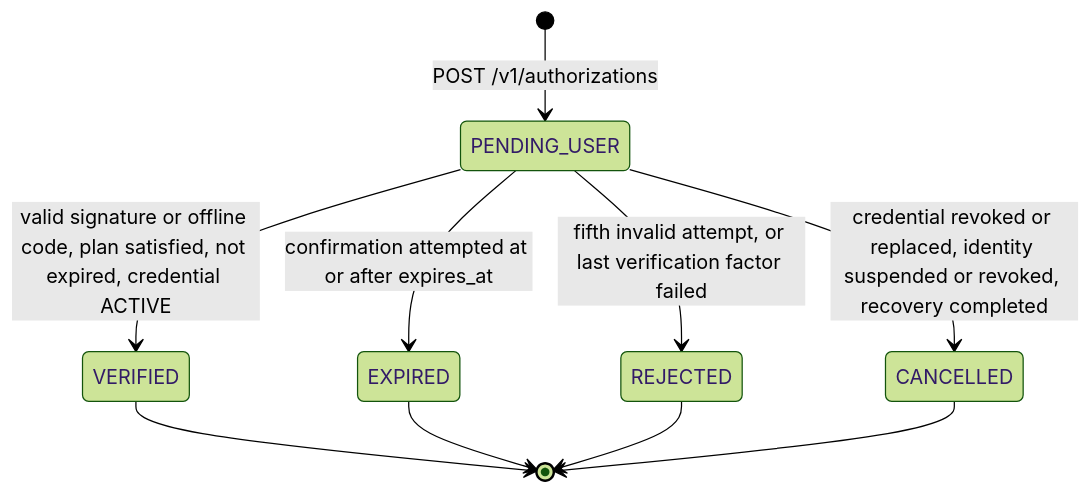
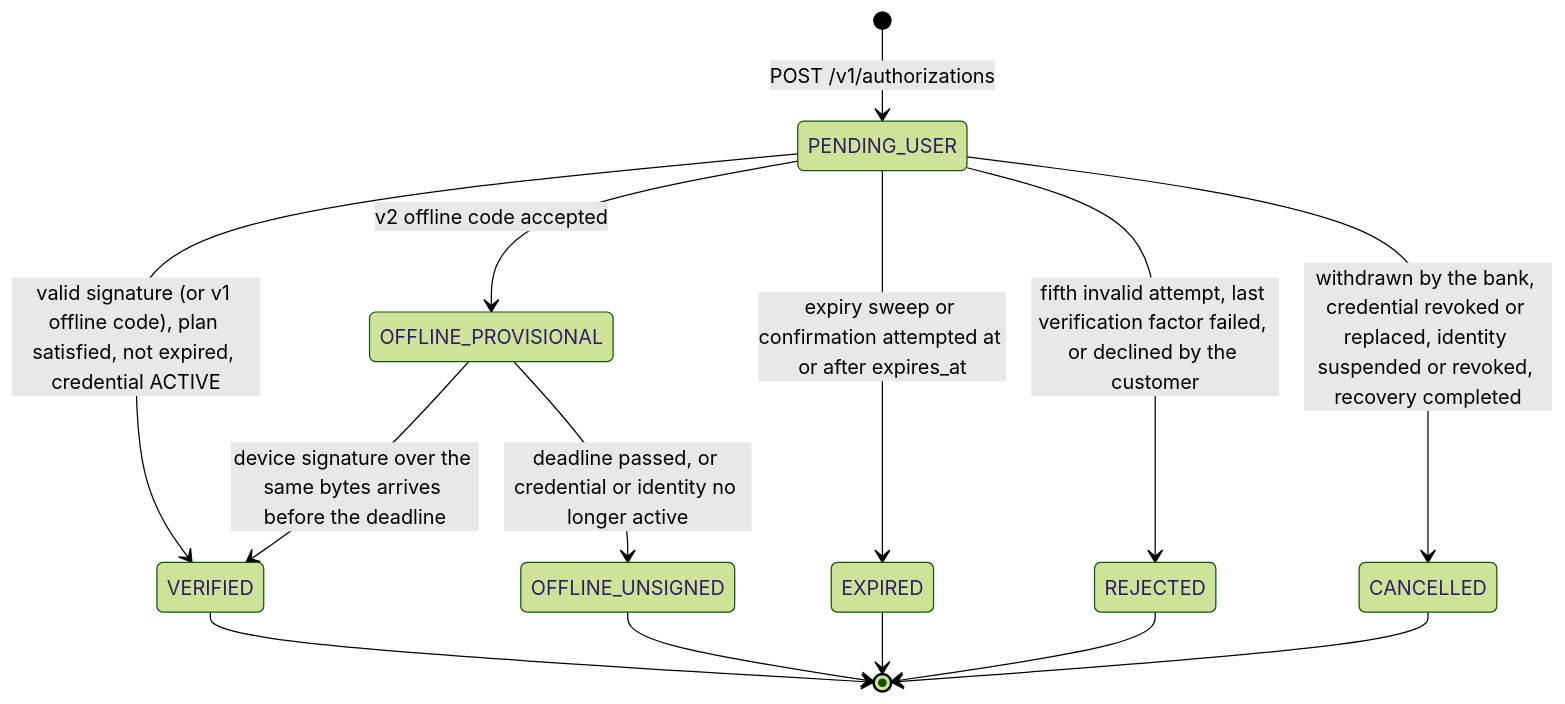
The diagram in docs/reference/data-model.md (ptrvalina/nexus-sign), drawn with Mermaid (forest theme) before and after one commit. The commit also changed other lines of this file and 28 other files, not shown here.

````diff
--- a/docs/reference/data-model.md
+++ b/docs/reference/data-model.md
@@ -91,12 +91,16 @@
 ```mermaid
 stateDiagram-v2
     [*] --> PENDING_USER: POST /v1/authorizations
-    PENDING_USER --> VERIFIED: valid signature or offline code, plan satisfied, not expired, credential ACTIVE
-    PENDING_USER --> EXPIRED: confirmation attempted at or after expires_at
-    PENDING_USER --> REJECTED: fifth invalid attempt, or last verification factor failed
-    PENDING_USER --> CANCELLED: credential revoked or replaced, identity suspended or revoked, recovery completed
+    PENDING_USER --> VERIFIED: valid signature (or v1 offline code), plan satisfied, not expired, credential ACTIVE
+    PENDING_USER --> OFFLINE_PROVISIONAL: v2 offline code accepted
+    OFFLINE_PROVISIONAL --> VERIFIED: device signature over the same bytes arrives before the deadline
+    OFFLINE_PROVISIONAL --> OFFLINE_UNSIGNED: deadline passed, or credential or identity no longer active
+    PENDING_USER --> EXPIRED: expiry sweep or confirmation attempted at or after expires_at
+    PENDING_USER --> REJECTED: fifth invalid attempt, last verification factor failed, or declined by the customer
+    PENDING_USER --> CANCELLED: withdrawn by the bank, credential revoked or replaced, identity suspended or revoked, recovery completed
     VERIFIED --> [*]
     EXPIRED --> [*]
     REJECTED --> [*]
     CANCELLED --> [*]
+    OFFLINE_UNSIGNED --> [*]
 ```
````
